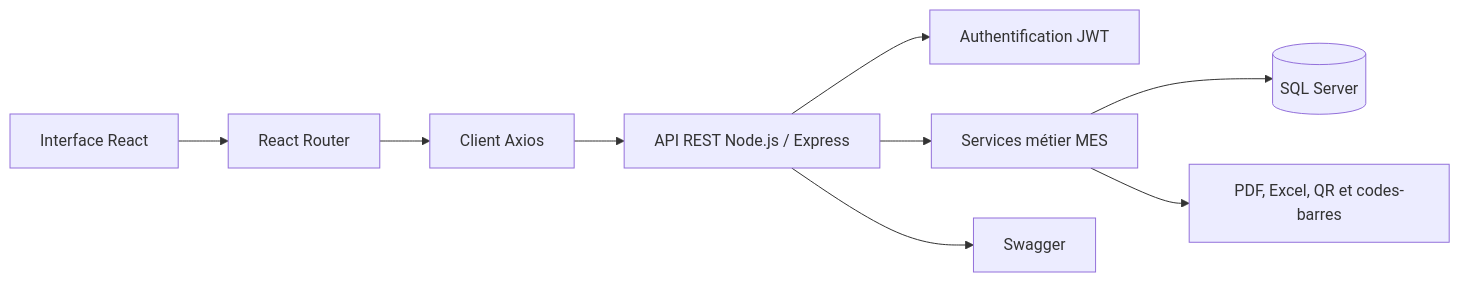
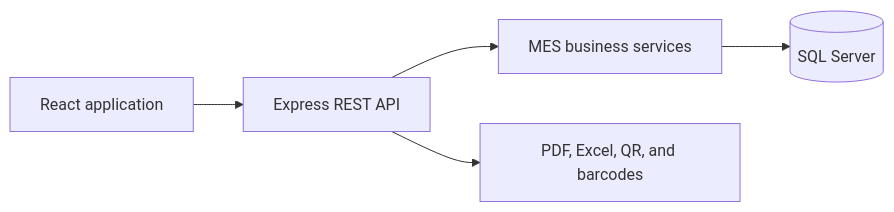
The diagram in README.md (KhaledZouari/production-atelier), drawn with Mermaid before and after one commit. The commit also changed other lines of this file and 1 other file, not shown here.

````diff
--- a/README.md
+++ b/README.md
@@ -47,11 +27,7 @@
 ```mermaid
 flowchart LR
-    Browser[Interface React] --> Router[React Router]
-    Router --> API[Client Axios]
-    API --> Express[API REST Node.js / Express]
-    Express --> Auth[Authentification JWT]
-    Express --> MES[Services métier MES]
-    MES --> SQL[(SQL Server)]
-    Express --> Docs[Swagger]
-    MES --> Documents[PDF, Excel, QR et codes-barres]
+    UI[React application] --> API[Express REST API]
+    API --> MES[MES business services]
+    MES --> DB[(SQL Server)]
+    API --> Docs[PDF, Excel, QR, and barcodes]
 ```
````
